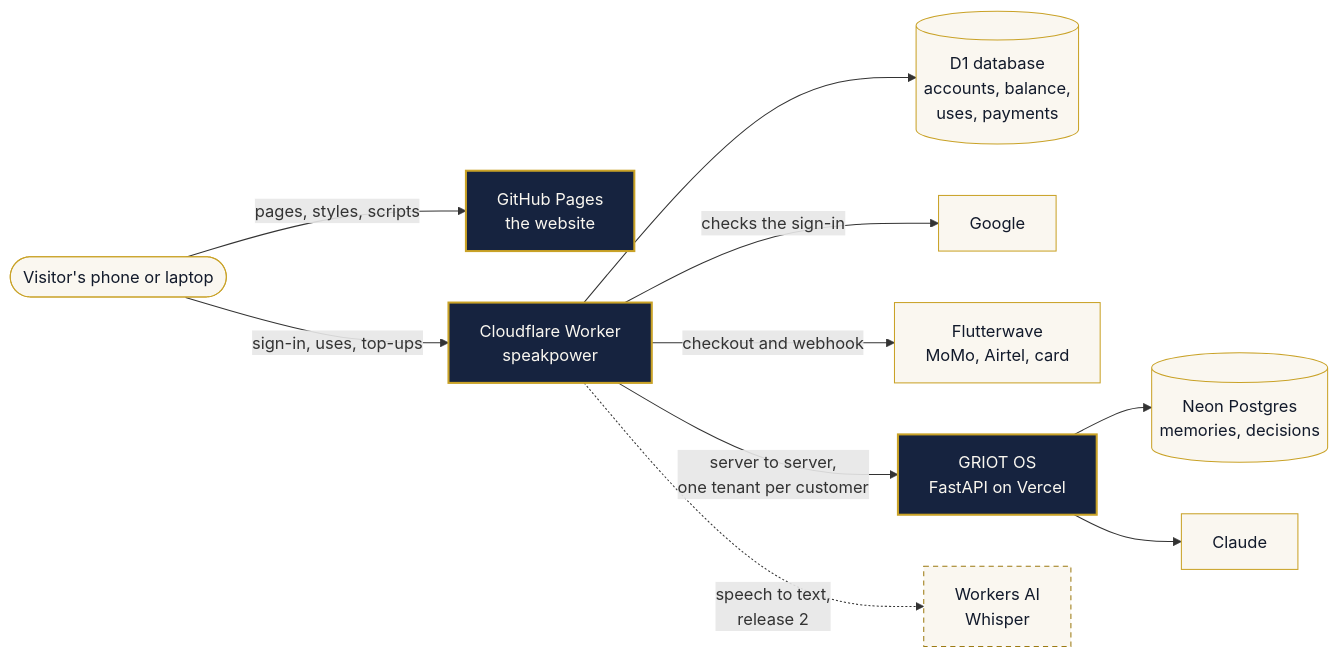
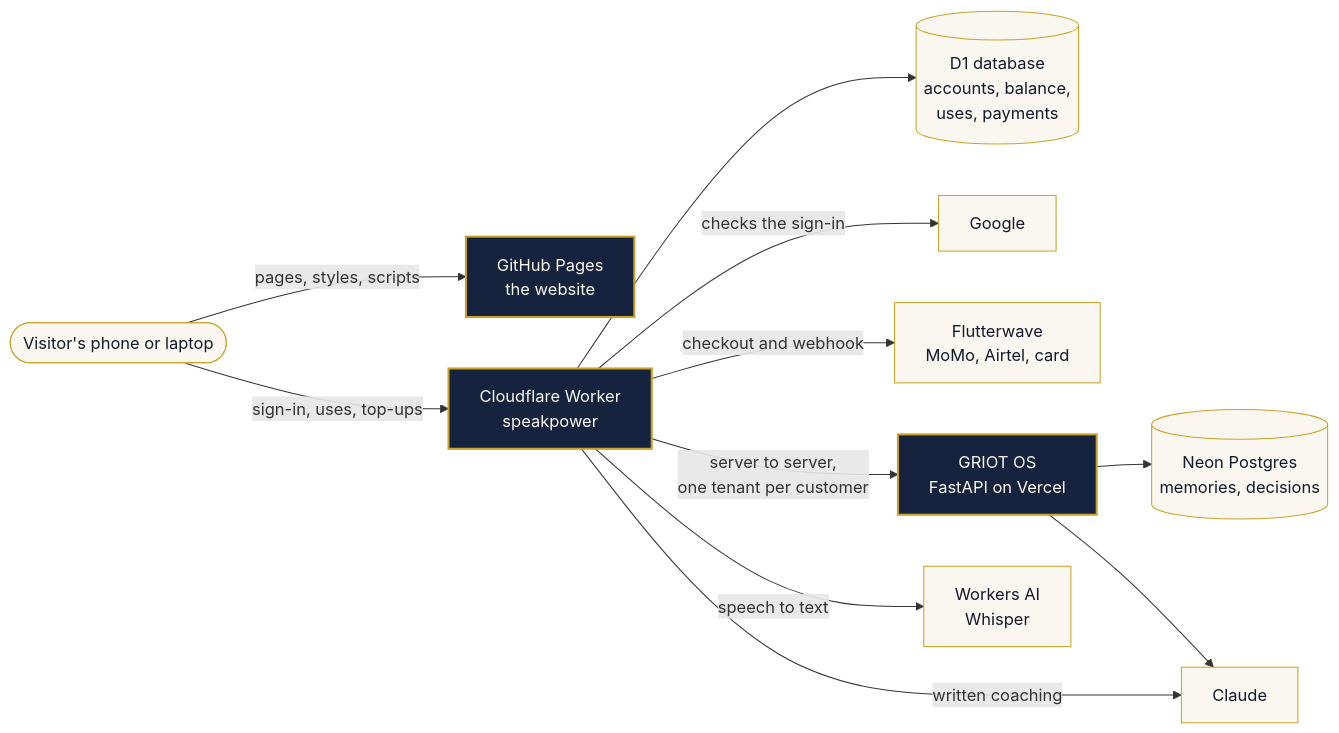
The first of 2 diagrams in README.md (SpeakPower-commits/SpeakPower), drawn with Mermaid before and after one commit. The commit also changed other lines of this file and 14 other files, not shown here.

````diff
--- a/README.md
+++ b/README.md
@@ -37,18 +37,19 @@
 ```mermaid
 flowchart LR
   V([Visitor's phone or laptop]) -->|pages, styles, scripts| P[GitHub Pages<br/>the website]
   V -->|sign-in, uses, top-ups| W[Cloudflare Worker<br/>speakpower]
   W --> D[(D1 database<br/>accounts, balance,<br/>uses, payments)]
   W -->|checks the sign-in| G[Google]
   W -->|checkout and webhook| F[Flutterwave<br/>MoMo, Airtel, card]
   W -->|server to server,<br/>one tenant per customer| R[GRIOT OS<br/>FastAPI on Vercel]
   R --> N[(Neon Postgres<br/>memories, decisions)]
   R --> C[Claude]
-  W -.->|speech to text,<br/>release 2| A[Workers AI<br/>Whisper]
+  W -->|speech to text| A[Workers AI<br/>Whisper]
+  W -->|written coaching| C
   classDef sp fill:#16233f,stroke:#c9a227,stroke-width:2px,color:#faf7f0
   classDef ext fill:#faf7f0,stroke:#c9a227,color:#121a2b
   classDef planned fill:#faf7f0,stroke:#9c7a12,stroke-dasharray:5 4,color:#121a2b
   class P,W,R sp
   class V,D,G,F,N,C ext
-  class A planned
+  class A ext
 ```
````
